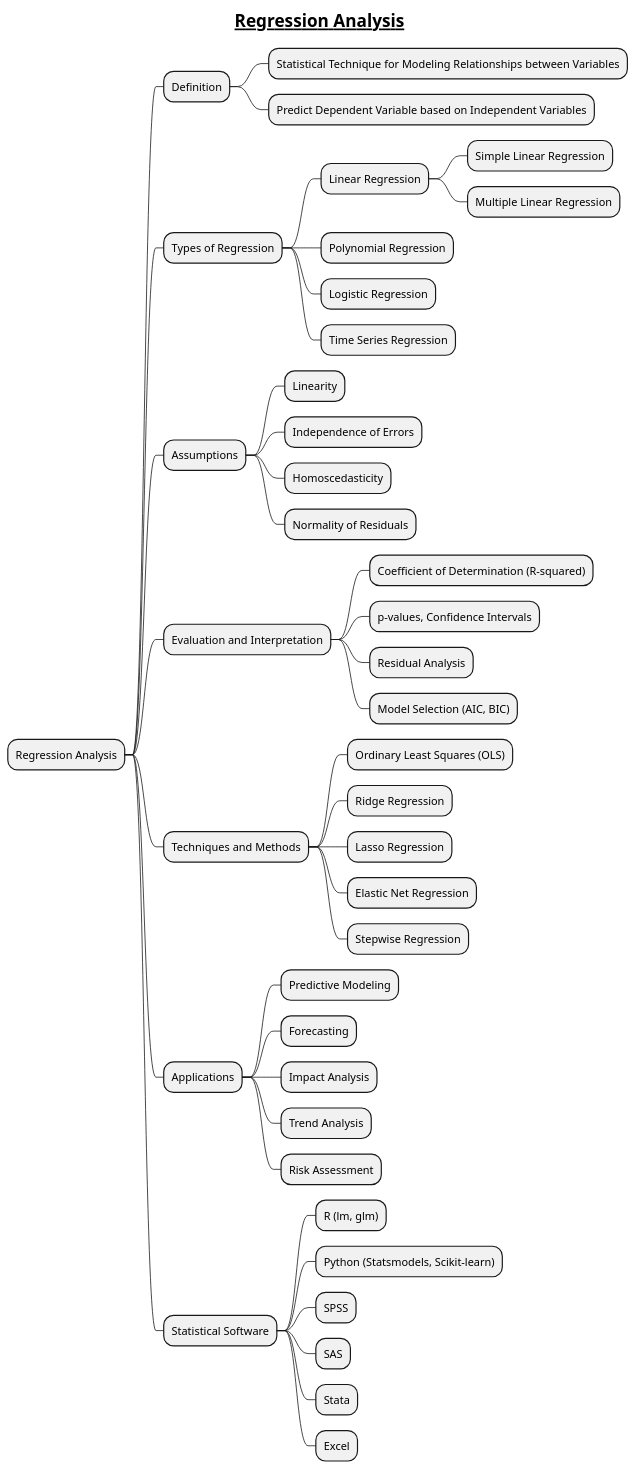
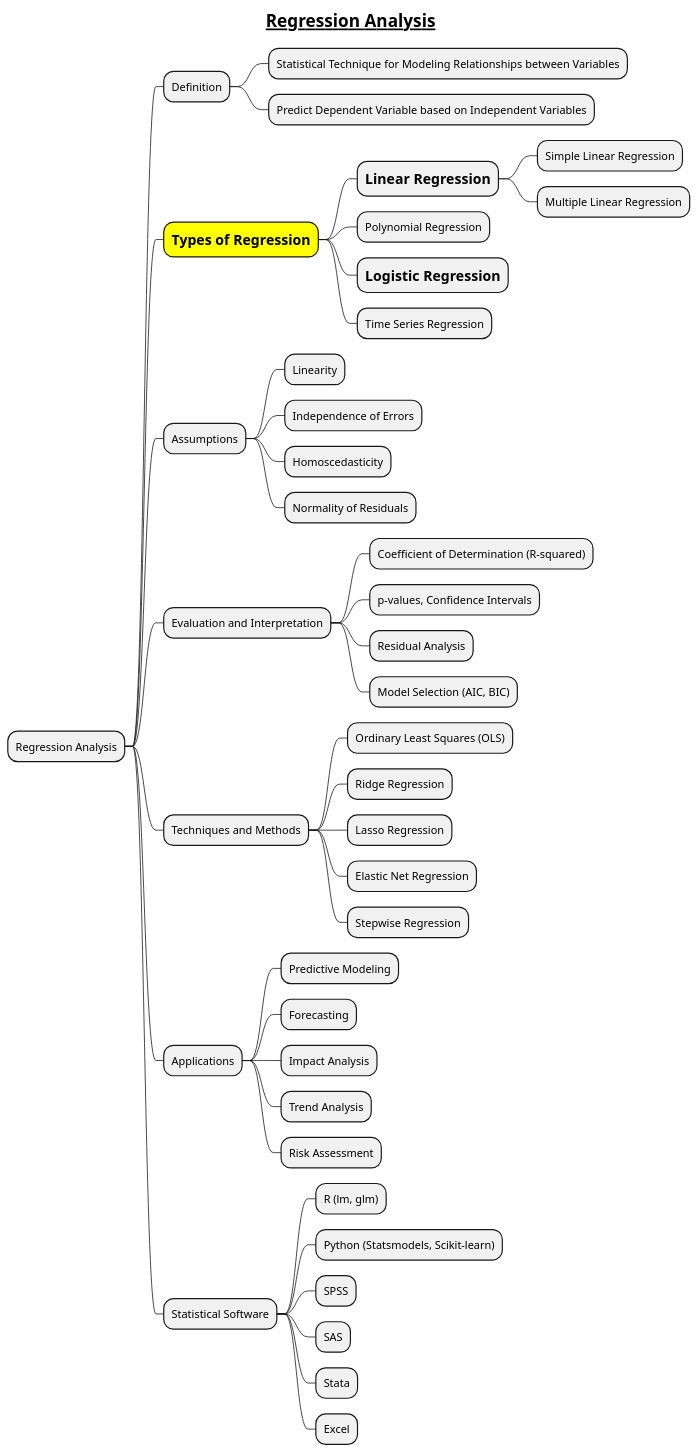
Before and after one commit to MehmoodHashmi/Documentation-as-Code-DaC: the diagram in docs/AI-ML- DL-Data-Science-and-BigData/statistics/Regression-Analysis.puml, drawn with PlantUML.

```diff
--- a/docs/AI-ML- DL-Data-Science-and-BigData/statistics/Regression-Analysis.puml
+++ b/docs/AI-ML- DL-Data-Science-and-BigData/statistics/Regression-Analysis.puml
@@ -1,45 +1,45 @@
 @startmindmap
 title =__ Regression Analysis__
 
 * Regression Analysis
 ** Definition
 *** Statistical Technique for Modeling Relationships between Variables
 *** Predict Dependent Variable based on Independent Variables
-** Types of Regression
-*** Linear Regression
+**[#yellow] =Types of Regression
+*** =Linear Regression
 **** Simple Linear Regression
 **** Multiple Linear Regression
 *** Polynomial Regression
-*** Logistic Regression
+*** =Logistic Regression
 *** Time Series Regression
 ** Assumptions
 *** Linearity
 *** Independence of Errors
 *** Homoscedasticity
 *** Normality of Residuals
 ** Evaluation and Interpretation
 *** Coefficient of Determination (R-squared)
 *** p-values, Confidence Intervals
 *** Residual Analysis
 *** Model Selection (AIC, BIC)
 ** Techniques and Methods
 *** Ordinary Least Squares (OLS)
 *** Ridge Regression
 *** Lasso Regression
 *** Elastic Net Regression
 *** Stepwise Regression
 ** Applications
 *** Predictive Modeling
 *** Forecasting
 *** Impact Analysis
 *** Trend Analysis
 *** Risk Assessment
 ** Statistical Software
 *** R (lm, glm)
 *** Python (Statsmodels, Scikit-learn)
 *** SPSS
 *** SAS
 *** Stata
 *** Excel
 
 @endmindmap
```
